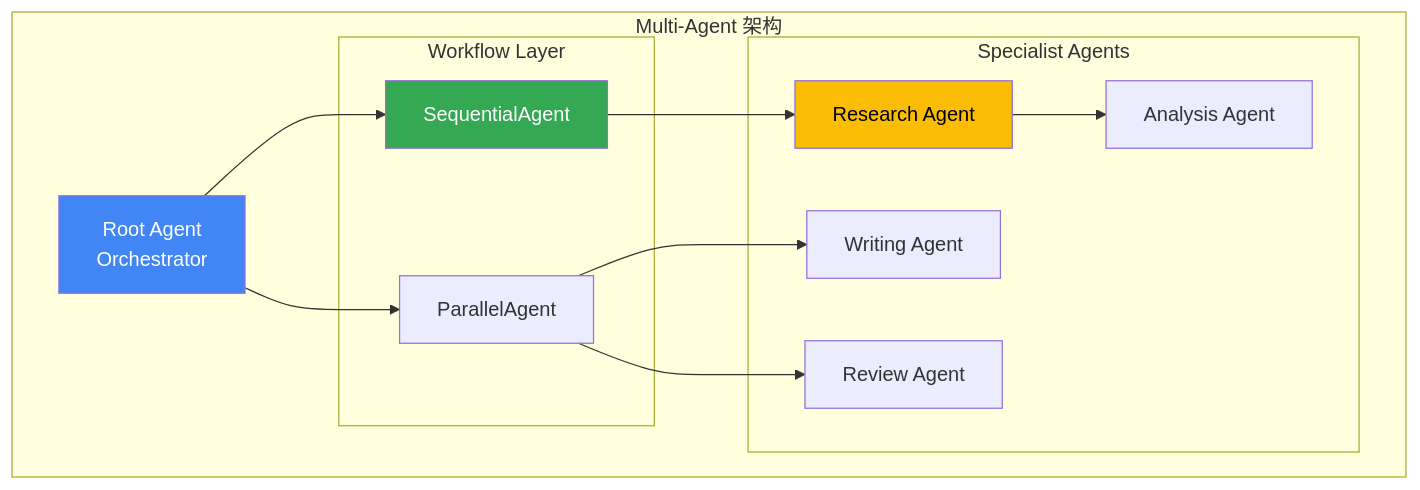
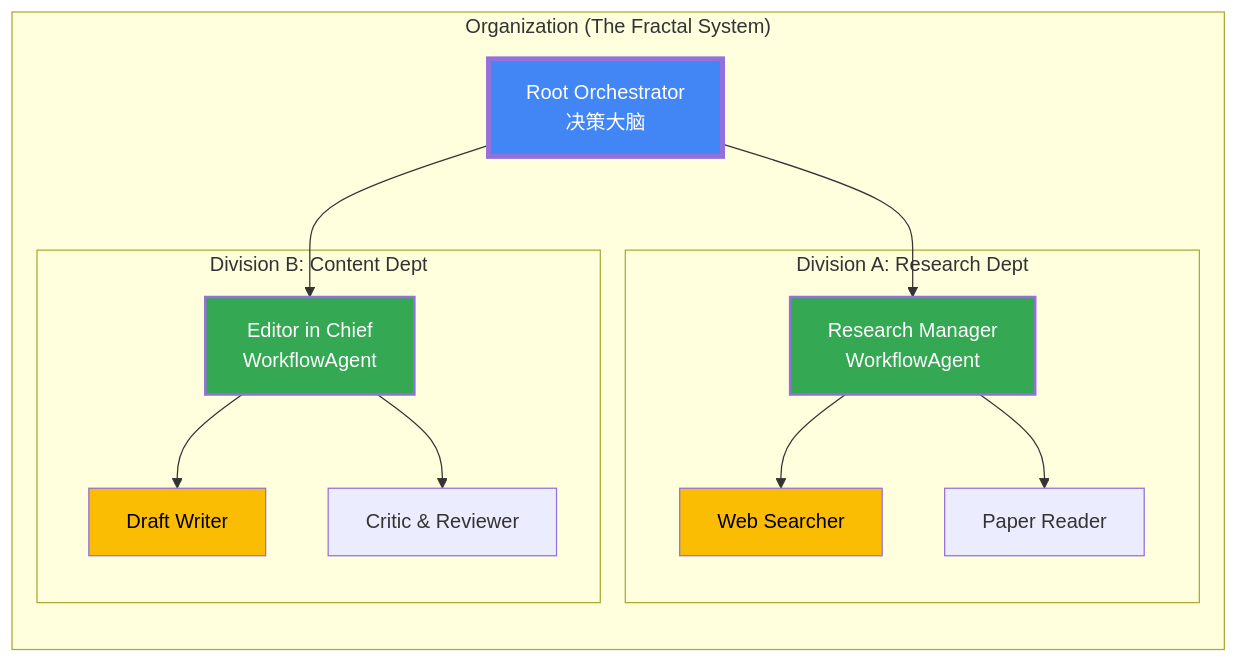
One commit to ThreeFish-AI/agentic-ai-cognizes changed the seventh of 14 diagrams in docs/research/020-agent-frameworks.md. Above: the diagram before and after it, drawn with Mermaid. The commit also changed other lines of this file, not shown here.

First line of the commit message:
docs(Agent Frameworks): 重构 Context 与 Multi-Agent 章节的认知表达

````diff
--- a/docs/research/020-agent-frameworks.md
+++ b/docs/research/020-agent-frameworks.md
@@ -501,26 +514,30 @@
 ```mermaid
 graph TB
-    subgraph "Multi-Agent 架构"
-        R[Root Agent<br/>Orchestrator]
+    subgraph "Organization (The Fractal System)"
+        direction TB
 
-        subgraph "Workflow Layer"
-            W1[SequentialAgent]
-            W2[ParallelAgent]
+        CEO[Root Orchestrator<br/>决策大脑]
+
+        subgraph "Division A: Research Dept"
+            M1[Research Manager<br/>WorkflowAgent]
+            W1[Web Searcher]
+            W2[Paper Reader]
         end
 
-        subgraph "Specialist Agents"
-            A1[Research Agent]
-            A2[Analysis Agent]
-            A3[Writing Agent]
-            A4[Review Agent]
+        subgraph "Division B: Content Dept"
+            M2[Editor in Chief<br/>WorkflowAgent]
+            W3[Draft Writer]
+            W4[Critic & Reviewer]
         end
+
+        CEO --> M1 & M2
+        M1 --> W1 & W2
+        M2 --> W3 & W4
     end
 
-    R --> W1 & W2
-    W1 --> A1 --> A2
-    W2 --> A3 & A4
-
-    style R fill:#4285f4,color:white
-    style W1 fill:#34a853,color:white
-    style A1 fill:#fbbc04,color:black
+    style CEO fill:#4285f4,color:white,stroke-width:4px
+    style M1 fill:#34a853,color:white,stroke-width:2px
+    style M2 fill:#34a853,color:white,stroke-width:2px
+    style W1 fill:#fbbc04,color:black
+    style W3 fill:#fbbc04,color:black
 ```
````
